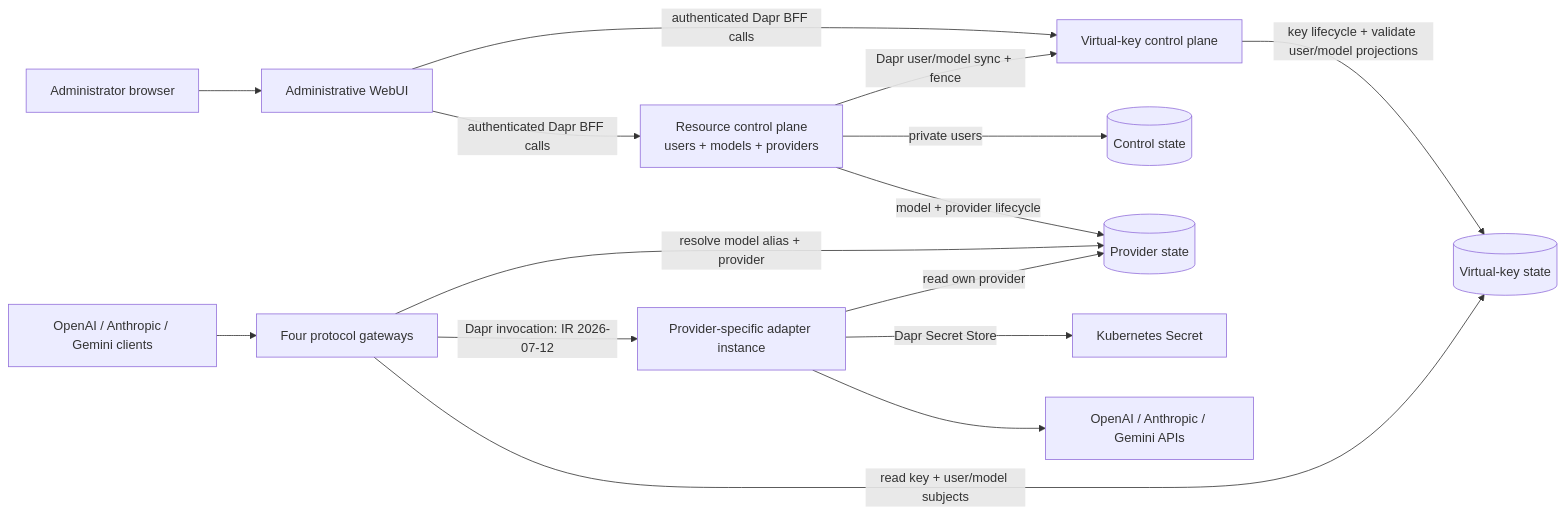
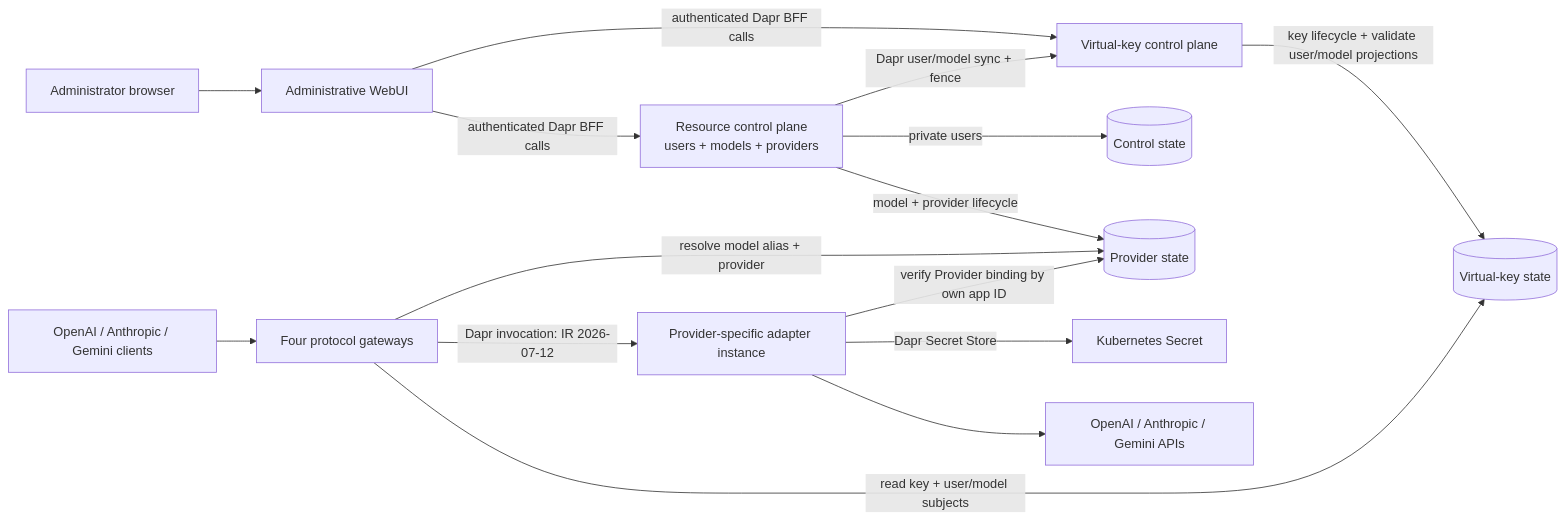
One commit to Albe83/gwai changed the diagram in README.md. Above: the diagram before and after it, drawn with Mermaid. The commit also changed other lines of this file and 52 other files, not shown here.

First line of the commit message:
feat(routing)!: bind adapters by Dapr app ID (#11)

````diff
--- a/README.md
+++ b/README.md
@@ -30,17 +30,17 @@
 ```mermaid
 flowchart LR
     Admin[Administrator browser] --> UI[Administrative WebUI]
     UI -->|authenticated Dapr BFF calls| CP
     UI -->|authenticated Dapr BFF calls| KP
     Clients[OpenAI / Anthropic / Gemini clients] --> Gateways[Four protocol gateways]
     CP[Resource control plane<br/>users + models + providers] -->|private users| CS[(Control state)]
     CP -->|model + provider lifecycle| PS[(Provider state)]
     CP -->|Dapr user/model sync + fence| KP[Virtual-key control plane]
     KP -->|key lifecycle + validate user/model projections| KS[(Virtual-key state)]
     Gateways -->|read key + user/model subjects| KS
     Gateways -->|resolve model alias + provider| PS
     Gateways -->|Dapr invocation: IR 2026-07-12| Adapters[Provider-specific adapter instance]
-    Adapters -->|read own provider| PS
+    Adapters -->|verify Provider binding by own app ID| PS
     Adapters -->|Dapr Secret Store| Secrets[Kubernetes Secret]
     Adapters --> Providers[OpenAI / Anthropic / Gemini APIs]
 ```
````
